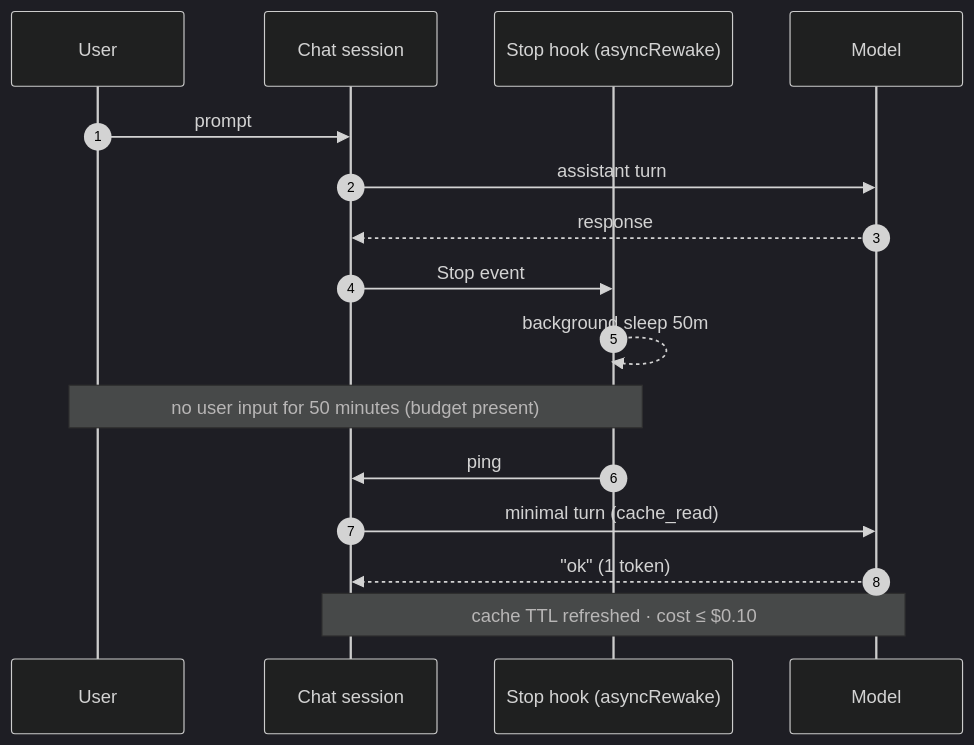
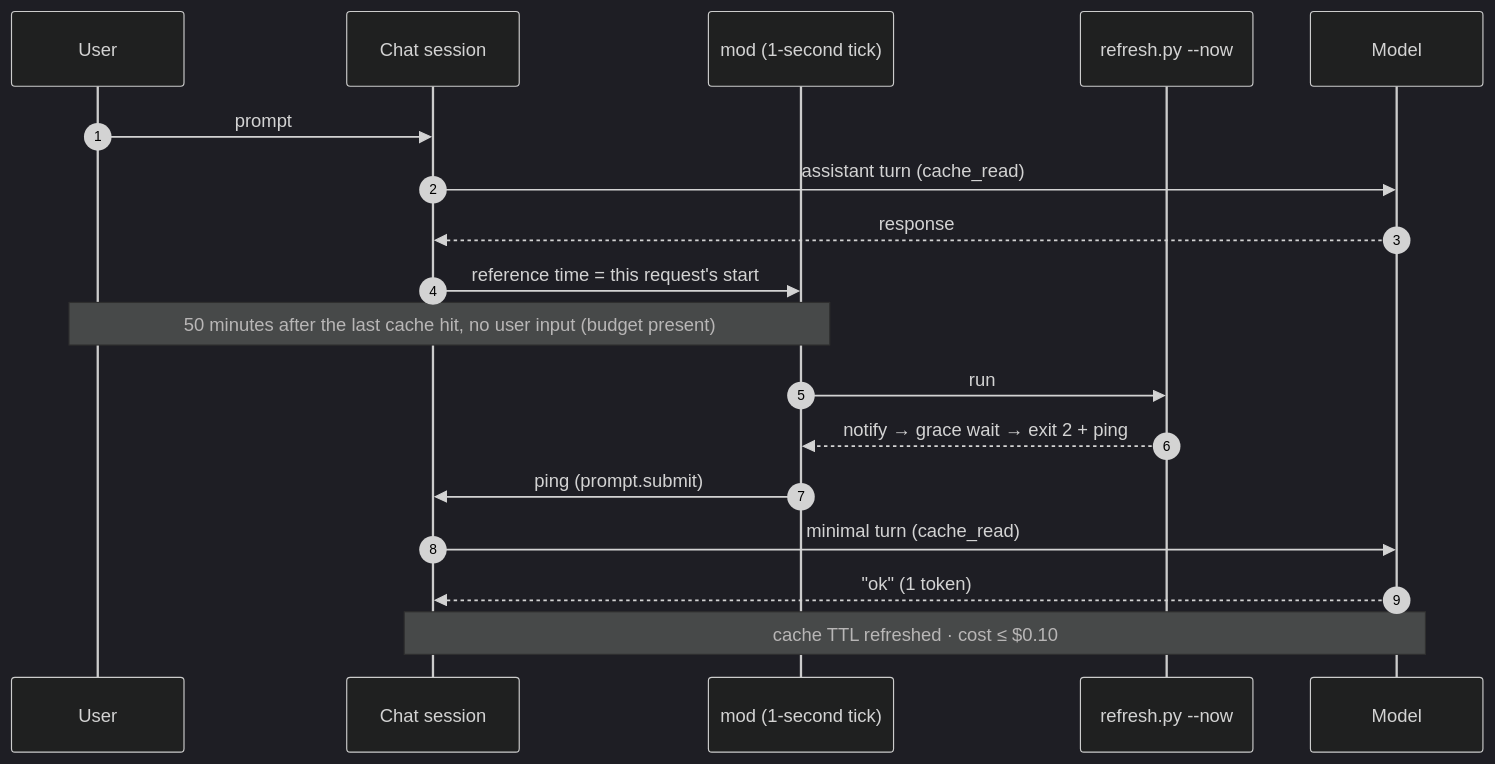
Before and after one commit to token-keeper/cache-necromancer: the diagram in README.en.md, drawn with Mermaid (dark theme). The commit also changed other lines of this file and 14 other files, not shown here.

````diff
--- a/README.en.md
+++ b/README.en.md
@@ -144,22 +150,24 @@
 ```mermaid
 sequenceDiagram
     autonumber
     participant U as User
     participant C as Chat session
-    participant H as Stop hook (asyncRewake)
+    participant H as mod (1-second tick)
+    participant P as refresh.py --now
     participant M as Model
 
     U->>C: prompt
-    C->>M: assistant turn
+    C->>M: assistant turn (cache_read)
     M-->>C: response
-    C->>H: Stop event
-    H-->>H: background sleep 50m
+    C->>H: reference time = this request's start
 
-    Note over U,H: no user input for 50 minutes (budget present)
+    Note over U,H: 50 minutes after the last cache hit, no user input (budget present)
 
-    H->>C: ping
+    H->>P: run
+    P-->>H: notify → grace wait → exit 2 + ping
+    H->>C: ping (prompt.submit)
     C->>M: minimal turn (cache_read)
     M-->>C: "ok" (1 token)
 
     Note over C,M: cache TTL refreshed · cost ≤ $0.10
 ```
````
